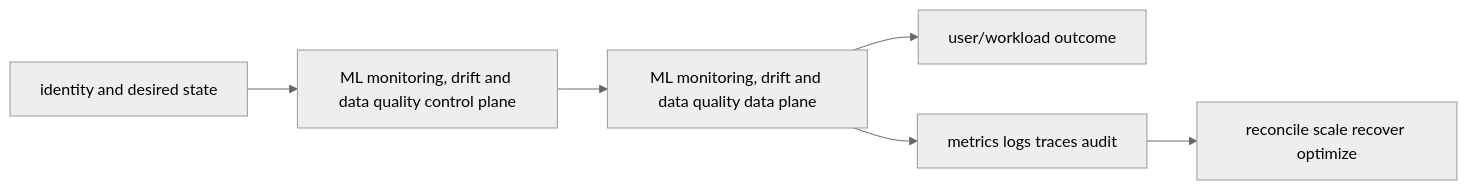
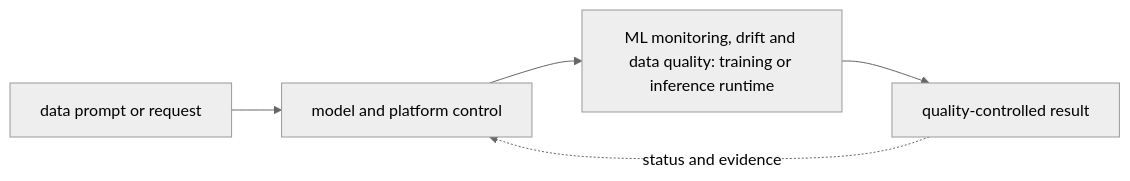
One commit to tomkidumbuyo/DevOps-interview-preparation changed the diagram in 11-ai-platform/08-mlops-and-llmops-lifecycle/14-monitoring-drift/README.md. Above: the diagram before and after it, drawn with Mermaid (neutral theme). The commit also changed other lines of this file and 753 other files, not shown here.

````diff
--- a/11-ai-platform/08-mlops-and-llmops-lifecycle/14-monitoring-drift/README.md
+++ b/11-ai-platform/08-mlops-and-llmops-lifecycle/14-monitoring-drift/README.md
@@ -19,8 +31,7 @@
 ```mermaid
 flowchart LR
-  I[identity and desired state] --> C[ML monitoring, drift and data quality control plane]
-  C --> D[ML monitoring, drift and data quality data plane]
-  D --> U[user/workload outcome]
-  D --> O[metrics logs traces audit]
-  O --> R[reconcile scale recover optimize]
+  A["data prompt or request"] --> B["model and platform control"]
+  B --> C["ML monitoring, drift and data quality: training or inference runtime"]
+  C --> D["quality-controlled result"]
+  D -. "status and evidence" .-> B
 ```
````
